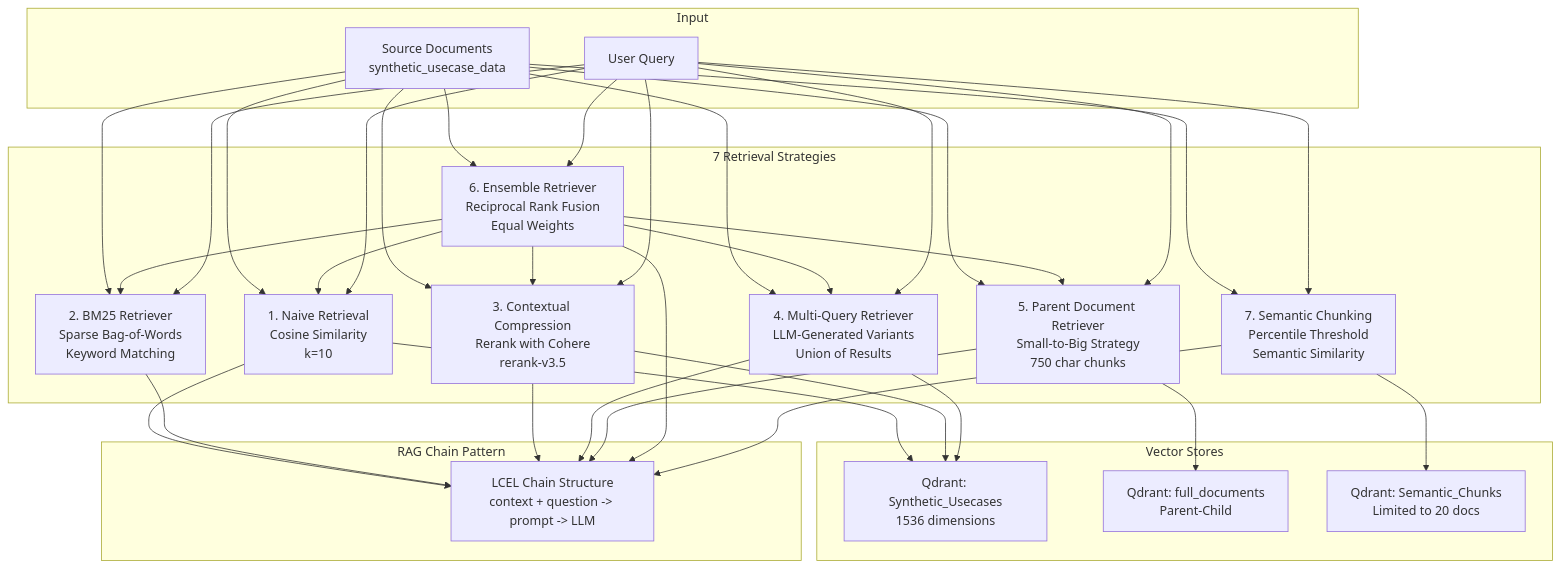
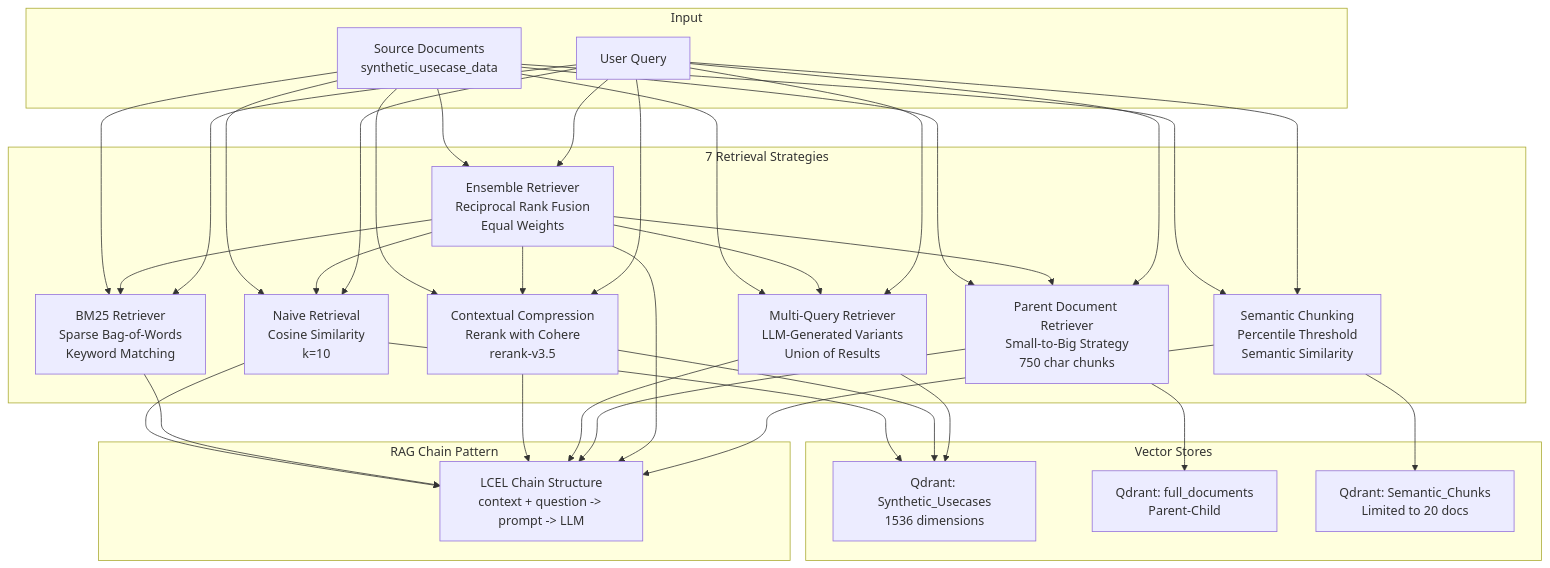
One commit to don-aie-cohort8/aie8-s09-adv-retrieval changed the third of 8 diagrams in architecture/diagrams/02_architecture_diagrams.md. Above: the diagram before and after it, drawn with Mermaid. The commit also changed other lines of this file, not shown here.

Commit message:
fix arch diagram issues

````diff
--- a/architecture/diagrams/02_architecture_diagrams.md
+++ b/architecture/diagrams/02_architecture_diagrams.md
@@ -134,63 +120,66 @@
 ```mermaid
+---
+id: 1f9e88d6-1033-4670-8093-c0693894a768
+---
 graph TB
     subgraph "Input"
         QUERY[User Query]
         DOCS[Source Documents<br/>synthetic_usecase_data]
     end
 
     subgraph "7 Retrieval Strategies"
-        NAIVE[1. Naive Retrieval<br/>Cosine Similarity<br/>k=10]
-        BM25[2. BM25 Retriever<br/>Sparse Bag-of-Words<br/>Keyword Matching]
-        COMPRESS[3. Contextual Compression<br/>Rerank with Cohere<br/>rerank-v3.5]
-        MULTI[4. Multi-Query Retriever<br/>LLM-Generated Variants<br/>Union of Results]
-        PARENT[5. Parent Document Retriever<br/>Small-to-Big Strategy<br/>750 char chunks]
-        ENSEMBLE[6. Ensemble Retriever<br/>Reciprocal Rank Fusion<br/>Equal Weights]
-        SEMANTIC[7. Semantic Chunking<br/>Percentile Threshold<br/>Semantic Similarity]
+        NAIVE["Naive Retrieval<br/>Cosine Similarity<br/>k=10"]
+        BM25["BM25 Retriever<br/>Sparse Bag-of-Words<br/>Keyword Matching"]
+        COMPRESS["Contextual Compression<br/>Rerank with Cohere<br/>rerank-v3.5"]
+        MULTI["Multi-Query Retriever<br/>LLM-Generated Variants<br/>Union of Results"]
+        PARENT["Parent Document Retriever<br/>Small-to-Big Strategy<br/>750 char chunks"]
+        ENSEMBLE["Ensemble Retriever<br/>Reciprocal Rank Fusion<br/>Equal Weights"]
+        SEMANTIC["Semantic Chunking<br/>Percentile Threshold<br/>Semantic Similarity"]
     end
 
     subgraph "Vector Stores"
         VS1[Qdrant: Synthetic_Usecases<br/>1536 dimensions]
         VS2[Qdrant: full_documents<br/>Parent-Child]
         VS3[Qdrant: Semantic_Chunks<br/>Limited to 20 docs]
     end
 
     subgraph "RAG Chain Pattern"
         LCEL[LCEL Chain Structure<br/>context + question -> prompt -> LLM]
     end
 
     DOCS --> NAIVE
     DOCS --> BM25
     DOCS --> COMPRESS
     DOCS --> MULTI
     DOCS --> PARENT
     DOCS --> ENSEMBLE
     DOCS --> SEMANTIC
 
     NAIVE --> VS1
     COMPRESS --> VS1
     MULTI --> VS1
     PARENT --> VS2
     SEMANTIC --> VS3
 
     ENSEMBLE --> BM25
     ENSEMBLE --> NAIVE
     ENSEMBLE --> PARENT
     ENSEMBLE --> COMPRESS
     ENSEMBLE --> MULTI
 
     QUERY --> NAIVE
     QUERY --> BM25
     QUERY --> COMPRESS
     QUERY --> MULTI
     QUERY --> PARENT
     QUERY --> ENSEMBLE
     QUERY --> SEMANTIC
 
     NAIVE --> LCEL
     BM25 --> LCEL
     COMPRESS --> LCEL
     MULTI --> LCEL
     PARENT --> LCEL
     ENSEMBLE --> LCEL
     SEMANTIC --> LCEL
 ```
````
